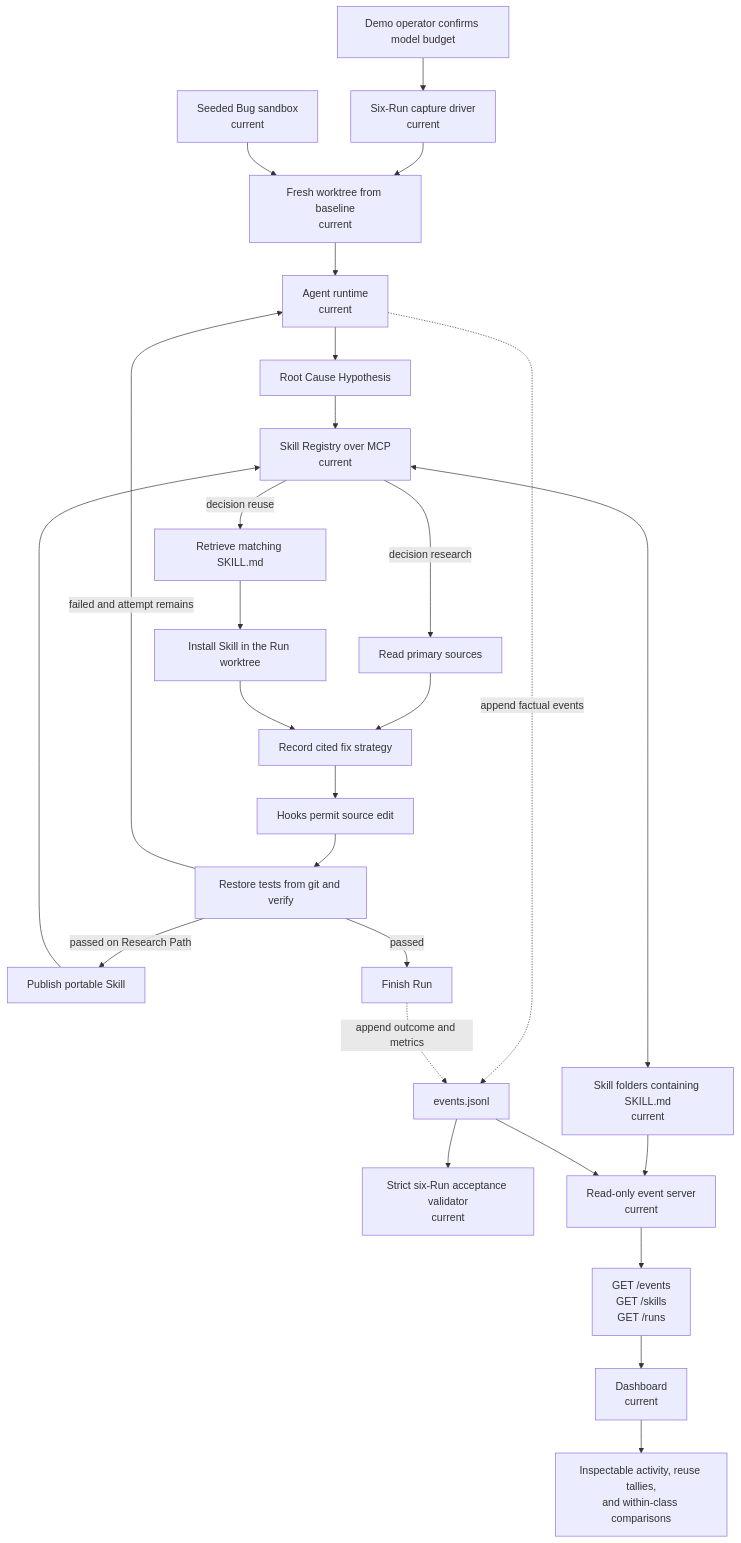
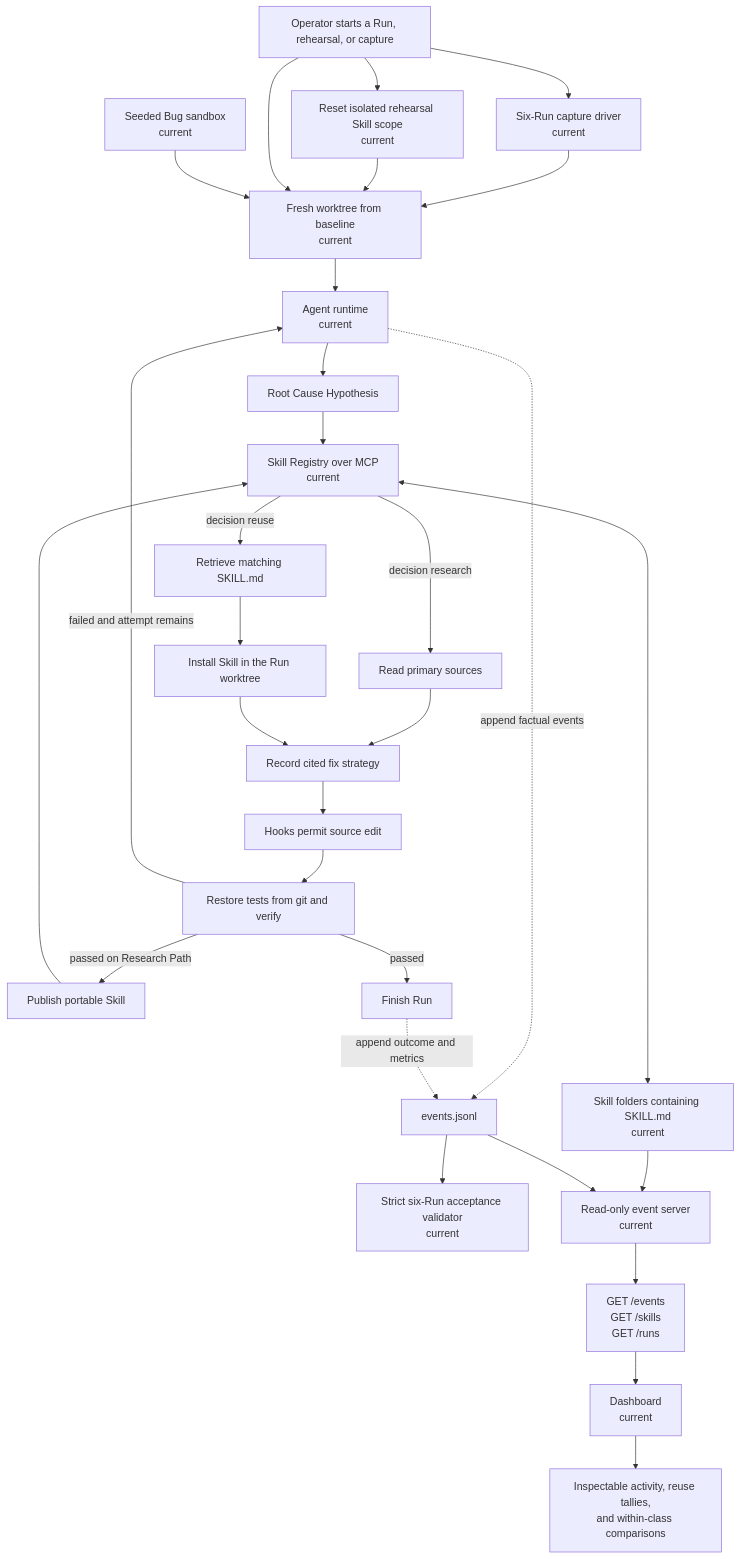
The second of 3 diagrams in docs/architecture/README.md (arnv15/Kintsugi), drawn with Mermaid before and after one commit. The commit also changed other lines of this file and 19 other files, not shown here.

````diff
--- a/docs/architecture/README.md
+++ b/docs/architecture/README.md
@@ -87,32 +87,35 @@
 ```mermaid
 flowchart TD
-  operator["Demo operator confirms model budget"] --> capture["Six-Run capture driver<br/>current"]
+  operator["Operator starts a Run, rehearsal, or capture"] --> capture["Six-Run capture driver<br/>current"]
   capture --> worktree["Fresh worktree from baseline<br/>current"]
+  operator --> scope["Reset isolated rehearsal Skill scope<br/>current"]
+  scope --> worktree["Fresh worktree from baseline<br/>current"]
+  operator --> worktree
   sandbox["Seeded Bug sandbox<br/>current"] --> worktree
   worktree --> agent["Agent runtime<br/>current"]
   agent --> hypothesis["Root Cause Hypothesis"]
   hypothesis --> registry["Skill Registry over MCP<br/>current"]
 
   registry -->|decision research| research["Read primary sources"]
   registry -->|decision reuse| retrieved["Retrieve matching SKILL.md"]
   research --> strategy["Record cited fix strategy"]
   retrieved --> install["Install Skill in the Run worktree"]
   install --> strategy
 
   strategy --> edit["Hooks permit source edit"]
   edit --> verify["Restore tests from git and verify"]
   verify -->|failed and attempt remains| agent
   verify -->|passed on Research Path| publish["Publish portable Skill"]
   publish --> registry
   verify -->|passed| finish["Finish Run"]
 
   agent -. "append factual events" .-> log["events.jsonl"]
   finish -. "append outcome and metrics" .-> log
   log --> validate["Strict six-Run acceptance validator<br/>current"]
   registry <--> store["Skill folders containing SKILL.md<br/>current"]
   store --> eventServer["Read-only event server<br/>current"]
   log --> eventServer
   eventServer --> endpoints["GET /events<br/>GET /skills<br/>GET /runs"]
   endpoints --> dashboard["Dashboard<br/>current"]
   dashboard --> audience["Inspectable activity, reuse tallies,<br/>and within-class comparisons"]
 ```
````
